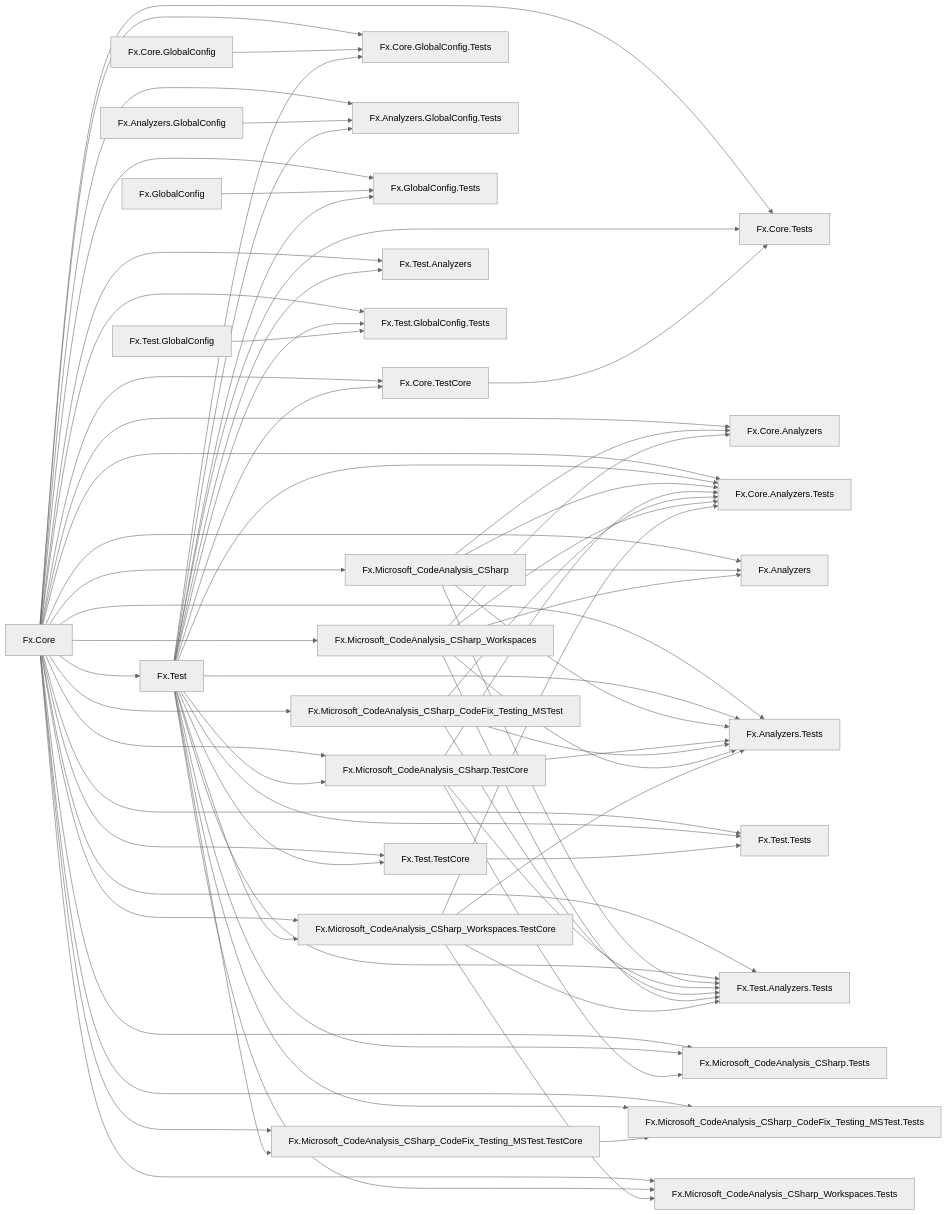
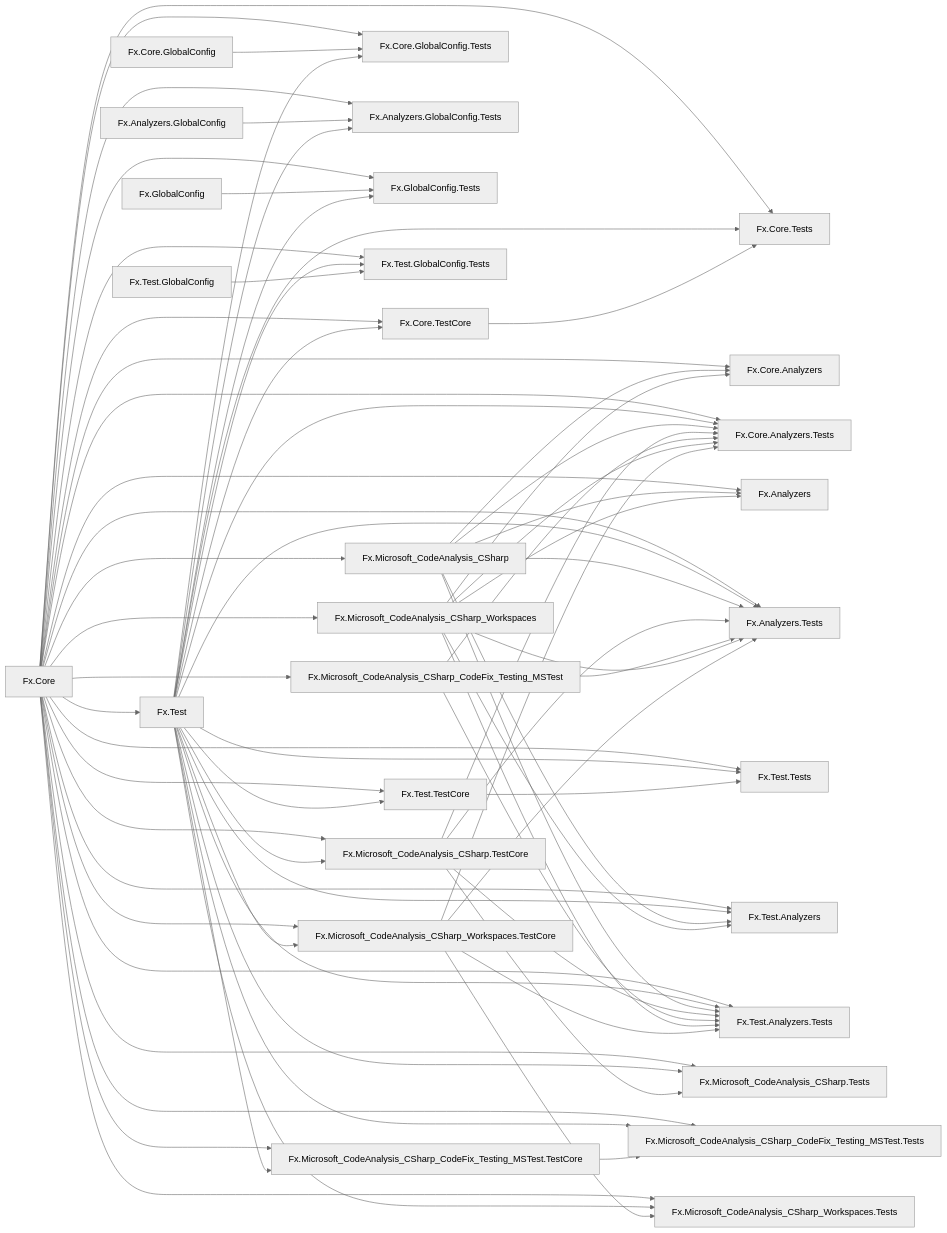
One commit to ravudet/Fx.Core changed the diagram in graph.md. Above: the diagram before and after it, drawn with Mermaid (neutral theme).

```diff
--- a/graph.md
+++ b/graph.md
@@ -84,6 +84,8 @@
 
 	Fx.Core --> Fx.Test.Analyzers
 	Fx.Test --> Fx.Test.Analyzers
+	Fx.Microsoft_CodeAnalysis_CSharp --> Fx.Test.Analyzers
+	Fx.Microsoft_CodeAnalysis_CSharp_Workspaces --> Fx.Test.Analyzers
 
 	Fx.Core --> Fx.Test.Analyzers.Tests
 	Fx.Test --> Fx.Test.Analyzers.Tests
```
